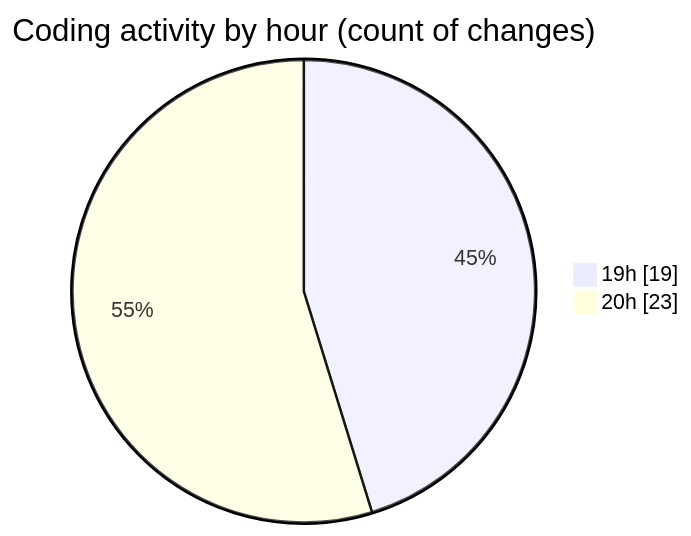
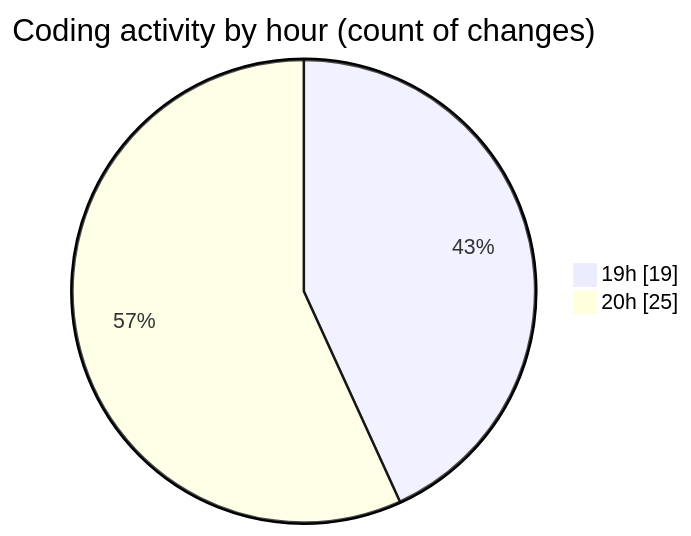
One commit to momahboobian/code-tracking changed the second of 2 diagrams in 2025-05-12/news-clock-system-caspercg/README.md. Above: the diagram before and after it, drawn with Mermaid. The commit also changed other lines of this file and 1 other file, not shown here.

````diff
--- a/2025-05-12/news-clock-system-caspercg/README.md
+++ b/2025-05-12/news-clock-system-caspercg/README.md
@@ -38,6 +38,6 @@
 ```mermaid
 pie showData
 title Coding activity by hour (count of changes)
 "19h" : 19
-"20h" : 23
+"20h" : 25
 ```
````
